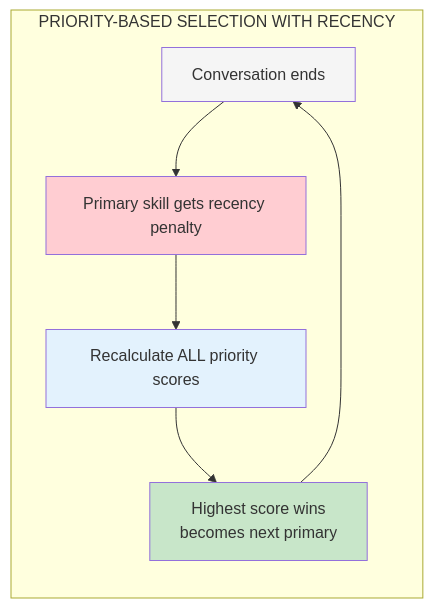
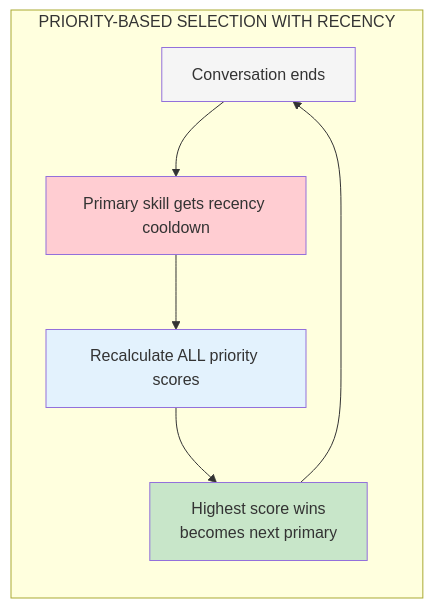
The second of 3 diagrams in docs/mintlify-src/adaptive-mastery.mdx (anshika410/English_learning_flutter_app), drawn with Mermaid before and after one commit. The commit also changed other lines of this file, not shown here.

Commit message:
docs: replace 'recency penalty' with 'recency cooldown' throughout

````diff
--- a/docs/mintlify-src/adaptive-mastery.mdx
+++ b/docs/mintlify-src/adaptive-mastery.mdx
@@ -81,15 +81,15 @@
 ```mermaid
 flowchart TB
     subgraph RECENCY["PRIORITY-BASED SELECTION WITH RECENCY"]
         direction TB
-        R1[Conversation ends] --> R2[Primary skill gets recency penalty]
+        R1[Conversation ends] --> R2[Primary skill gets recency cooldown]
         R2 --> R3[Recalculate ALL priority scores]
         R3 --> R4[Highest score wins<br/>becomes next primary]
         R4 --> R1
     end
 
     style R1 fill:#f5f5f5
     style R2 fill:#ffcdd2
     style R3 fill:#e3f2fd
     style R4 fill:#c8e6c9
 ```
````
